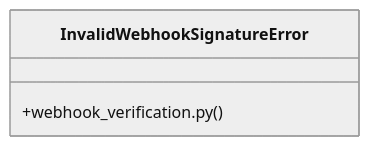
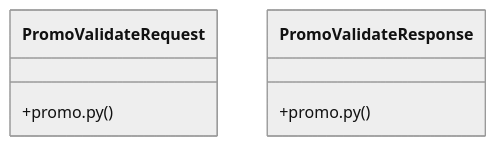
The diagram in graphify-out/wiki/[make_admin()_&_hash_password()]_Cluster.md (adjanayo/synca_conf_back), drawn with Mermaid (neutral theme) before and after one commit. The commit also changed other lines of this file and 71 other files, not shown here.

Commit message:
docs: mise à jour graphify (graphe du code) + journal Phase J3

````diff
--- a/graphify-out/wiki/[make_admin()_&_hash_password()]_Cluster.md
+++ b/graphify-out/wiki/[make_admin()_&_hash_password()]_Cluster.md
@@ -29,6 +35,9 @@
 ```mermaid
 classDiagram
-    class InvalidWebhookSignatureError {
-        +webhook_verification.py()
+    class PromoValidateRequest {
+        +promo.py()
+    }
+    class PromoValidateResponse {
+        +promo.py()
     }
 ```
````
